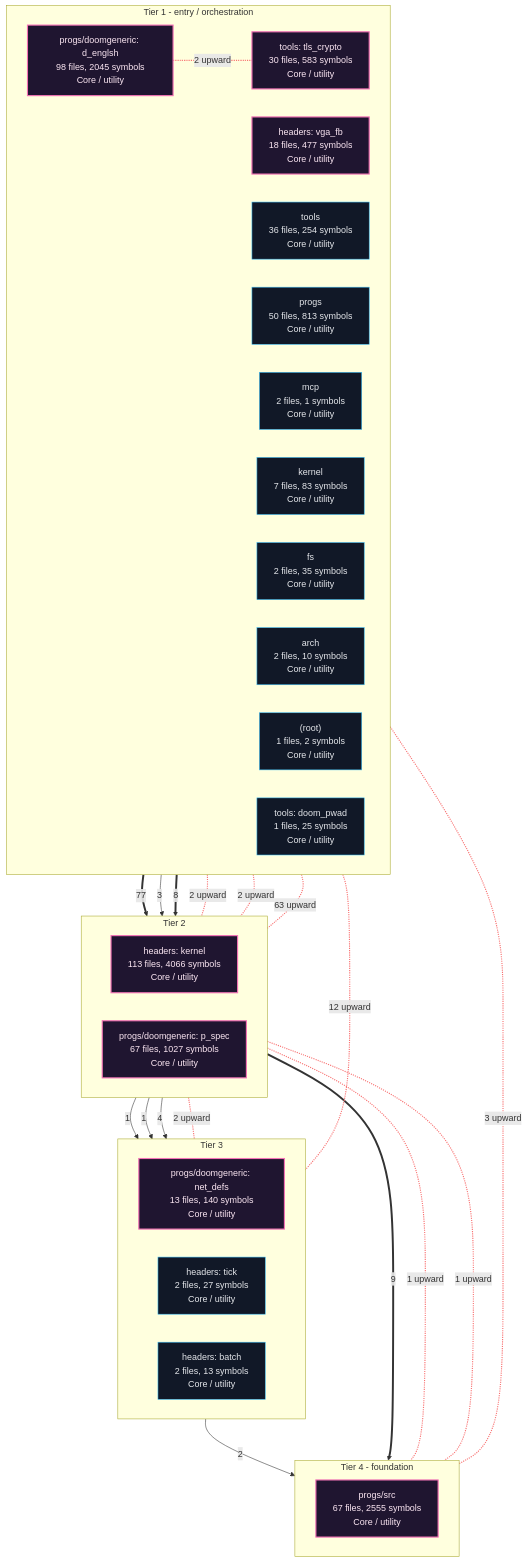
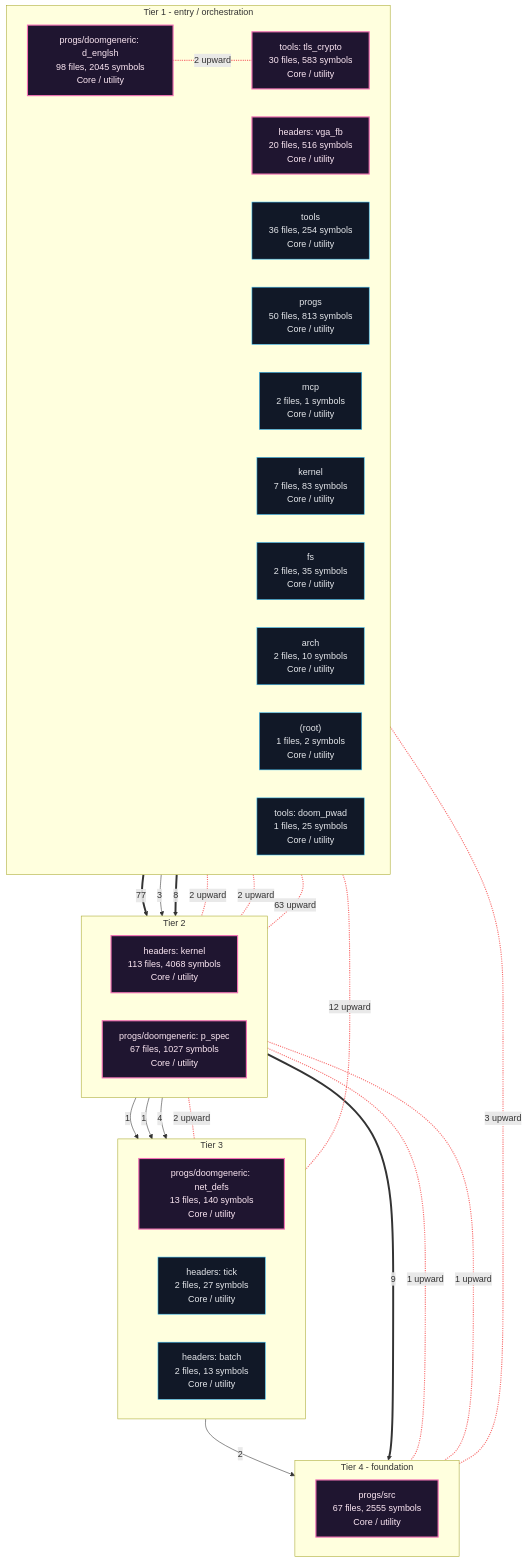
The first of 5 diagrams in readmenator-apidocs/architecture.md (grisuno/miniOS), drawn with Mermaid before and after one commit. The commit also changed 136 other files, not shown here.

````diff
--- a/readmenator-apidocs/architecture.md
+++ b/readmenator-apidocs/architecture.md
@@ -11,55 +11,55 @@
 ```mermaid
 flowchart TB
     classDef cycle fill:#1f1530,stroke:#f472b6,color:#fce7f3,stroke-width:2px;
     classDef default fill:#111827,stroke:#38bdf8,color:#e5e7eb;
     subgraph lane_0["Tier 1 - entry / orchestration"]
         direction LR
         n_c1["progs/doomgeneric: d_englsh<br/>98 files, 2045 symbols<br/>Core / utility"]:::cycle
         n_c4["tools: tls_crypto<br/>30 files, 583 symbols<br/>Core / utility"]:::cycle
-        n_c5["headers: vga_fb<br/>18 files, 477 symbols<br/>Core / utility"]:::cycle
+        n_c5["headers: vga_fb<br/>20 files, 516 symbols<br/>Core / utility"]:::cycle
         n_d_tools["tools<br/>36 files, 254 symbols<br/>Core / utility"]:::default
         n_d_progs["progs<br/>50 files, 813 symbols<br/>Core / utility"]:::default
         n_d_mcp["mcp<br/>2 files, 1 symbols<br/>Core / utility"]:::default
         n_d_kernel["kernel<br/>7 files, 83 symbols<br/>Core / utility"]:::default
         n_d_fs["fs<br/>2 files, 35 symbols<br/>Core / utility"]:::default
         n_d_arch["arch<br/>2 files, 10 symbols<br/>Core / utility"]:::default
         n_d__root_["(root)<br/>1 files, 2 symbols<br/>Core / utility"]:::default
         n_c9["tools: doom_pwad<br/>1 files, 25 symbols<br/>Core / utility"]:::default
     end
     subgraph lane_1["Tier 2"]
         direction LR
-        n_c0["headers: kernel<br/>113 files, 4066 symbols<br/>Core / utility"]:::cycle
+        n_c0["headers: kernel<br/>113 files, 4068 symbols<br/>Core / utility"]:::cycle
         n_c3["progs/doomgeneric: p_spec<br/>67 files, 1027 symbols<br/>Core / utility"]:::cycle
     end
     subgraph lane_2["Tier 3"]
         direction LR
         n_c6["progs/doomgeneric: net_defs<br/>13 files, 140 symbols<br/>Core / utility"]:::cycle
         n_c8["headers: tick<br/>2 files, 27 symbols<br/>Core / utility"]:::default
         n_c7["headers: batch<br/>2 files, 13 symbols<br/>Core / utility"]:::default
     end
     subgraph lane_3["Tier 4 - foundation"]
         direction LR
         n_c2["progs/src<br/>67 files, 2555 symbols<br/>Core / utility"]:::cycle
     end
     n_c0 ==>|"9"| n_c2
     n_c0 -->|"1"| n_c7
     n_c0 -->|"1"| n_c8
     n_c1 ==>|"77"| n_c3
     n_c3 -->|"4"| n_c6
     n_c4 -->|"3"| n_c0
     n_c5 ==>|"8"| n_c0
     n_c6 -->|"2"| n_c2
     n_c4 <-.-|"2 upward"| n_c0
     n_c5 <-.-|"2 upward"| n_c0
     n_c0 <-.-|"1 upward"| n_c2
     n_c1 <-.-|"3 upward"| n_c2
     n_c3 <-.-|"1 upward"| n_c2
     n_c1 <-.-|"63 upward"| n_c3
     n_c1 <-.-|"2 upward"| n_c4
     n_c1 <-.-|"12 upward"| n_c6
     n_c3 <-.-|"2 upward"| n_c6
     linkStyle 8,9,10,11,12,13,14,15,16 stroke:#f87171,stroke-width:2px;
     n_c1 ~~~ n_c0
     n_c0 ~~~ n_c6
     n_c6 ~~~ n_c2
 ```
````
